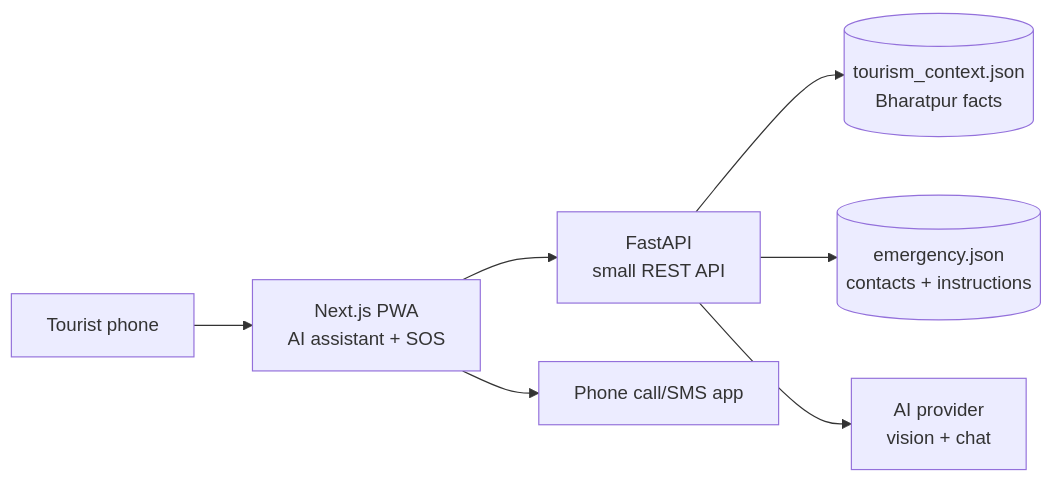
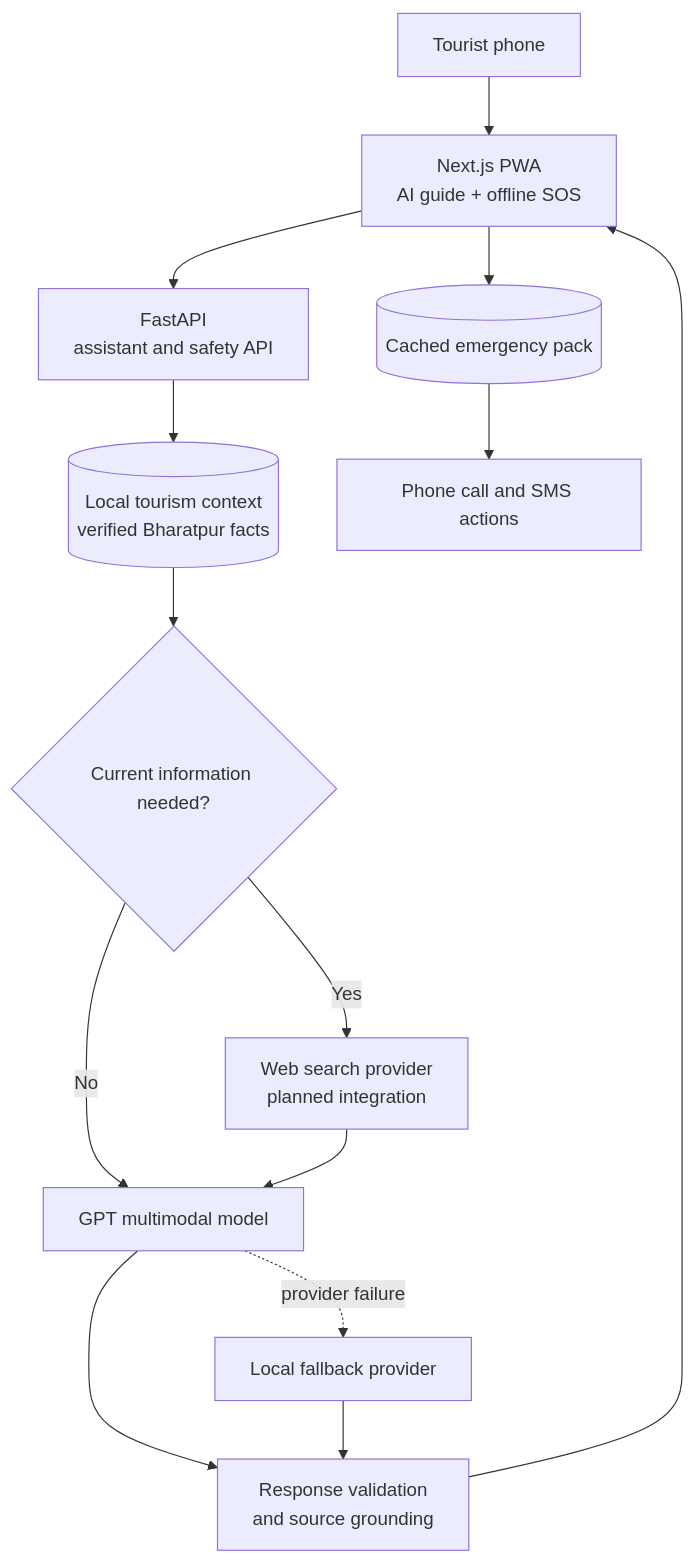
Before and after one commit to Saroj00007/yatra_ai: the first of 3 diagrams in docs/architecture.md, drawn with Mermaid. The commit also changed other lines of this file and 35 other files, not shown here.

````diff
--- a/docs/architecture.md
+++ b/docs/architecture.md
@@ -30,17 +48,28 @@
 ```mermaid
-flowchart LR
+flowchart TD
     Tourist[Tourist phone]
-    Web[Next.js PWA\nAI assistant + SOS]
-    API[FastAPI\nsmall REST API]
-    Guide[(tourism_context.json\nBharatpur facts)]
-    Emergency[(emergency.json\ncontacts + instructions)]
-    AI[AI provider\nvision + chat]
-    Phone[Phone call/SMS app]
+    Web[Next.js PWA\nAI guide + offline SOS]
+    API[FastAPI\nassistant and safety API]
+    Local[(Local tourism context\nverified Bharatpur facts)]
+    Decision{Current information needed?}
+    Search[Web search provider\nplanned integration]
+    Model[GPT multimodal model]
+    Validate[Response validation\nand source grounding]
+    Fallback[Local fallback provider]
+    Emergency[(Cached emergency pack)]
+    Phone[Phone call and SMS actions]
 
     Tourist --> Web
     Web --> API
-    API --> Guide
-    API --> Emergency
-    API --> AI
-    Web --> Phone
+    API --> Local
+    Local --> Decision
+    Decision -->|No| Model
+    Decision -->|Yes| Search
+    Search --> Model
+    Model --> Validate
+    Model -. provider failure .-> Fallback
+    Fallback --> Validate
+    Validate --> Web
+    Web --> Emergency
+    Emergency --> Phone
 ```
````
